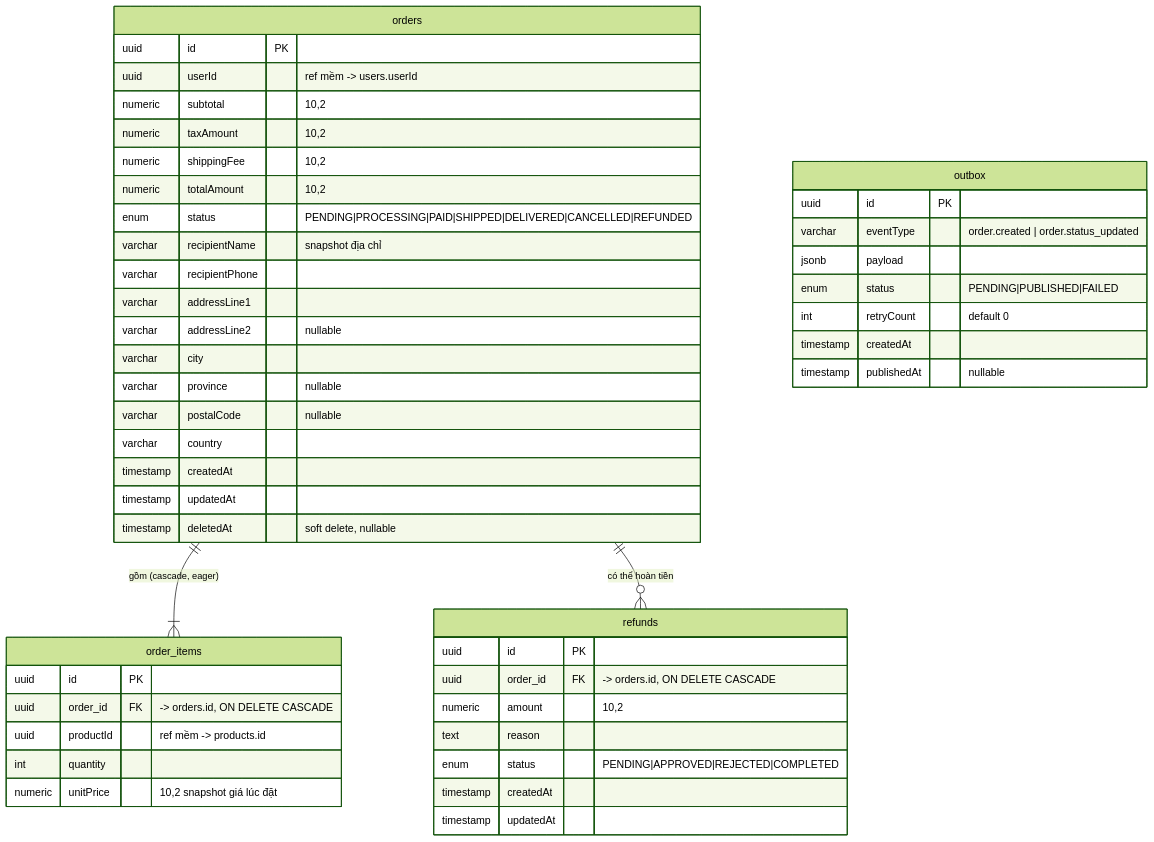
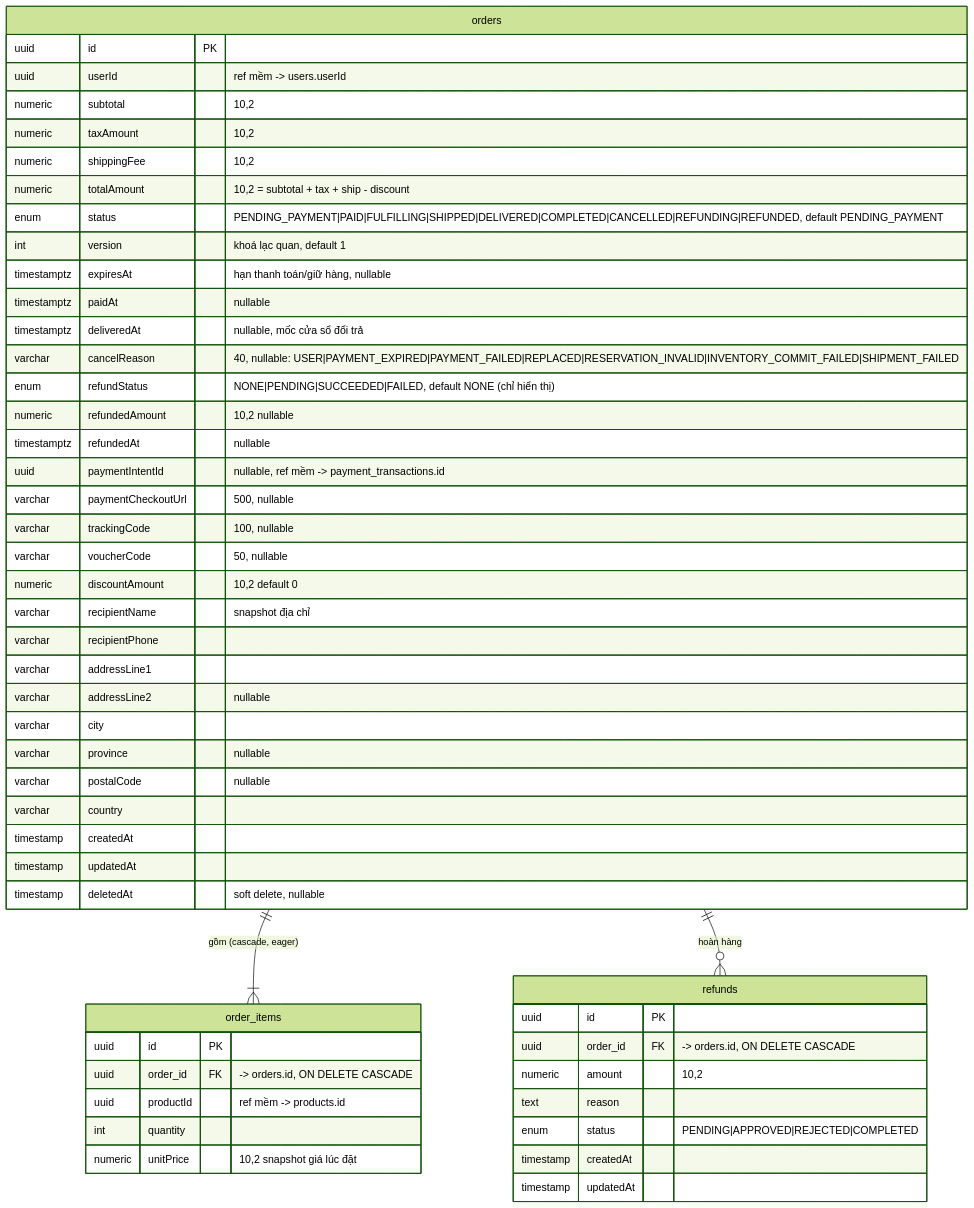
One commit to lamquochung287/ecommerce-microservices changed the fourth of 6 diagrams in docs/database-schema.md. Above: the diagram before and after it, drawn with Mermaid (forest theme). The commit also changed other lines of this file and 23 other files, not shown here.

````diff
--- a/docs/database-schema.md
+++ b/docs/database-schema.md
@@ -235,51 +255,55 @@
 ```mermaid
 erDiagram
   orders ||--|{ order_items : "gồm (cascade, eager)"
-  orders ||--o{ refunds : "có thể hoàn tiền"
+  orders ||--o{ refunds : "hoàn hàng"
 
   orders {
     uuid id PK
     uuid userId "ref mềm -> users.userId"
     numeric subtotal "10,2"
     numeric taxAmount "10,2"
     numeric shippingFee "10,2"
-    numeric totalAmount "10,2"
-    enum status "PENDING|PROCESSING|PAID|SHIPPED|DELIVERED|CANCELLED|REFUNDED"
+    numeric totalAmount "10,2 = subtotal + tax + ship - discount"
+    enum status "PENDING_PAYMENT|PAID|FULFILLING|SHIPPED|DELIVERED|COMPLETED|CANCELLED|REFUNDING|REFUNDED, default PENDING_PAYMENT"
+    int version "khoá lạc quan, default 1"
+    timestamptz expiresAt "hạn thanh toán/giữ hàng, nullable"
+    timestamptz paidAt "nullable"
+    timestamptz deliveredAt "nullable, mốc cửa sổ đổi trả"
+    varchar cancelReason "40, nullable: USER|PAYMENT_EXPIRED|PAYMENT_FAILED|REPLACED|RESERVATION_INVALID|INVENTORY_COMMIT_FAILED|SHIPMENT_FAILED"
+    enum refundStatus "NONE|PENDING|SUCCEEDED|FAILED, default NONE (chỉ hiển thị)"
+    numeric refundedAmount "10,2 nullable"
+    timestamptz refundedAt "nullable"
+    uuid paymentIntentId "nullable, ref mềm -> payment_transactions.id"
+    varchar paymentCheckoutUrl "500, nullable"
+    varchar trackingCode "100, nullable"
+    varchar voucherCode "50, nullable"
+    numeric discountAmount "10,2 default 0"
     varchar recipientName "snapshot địa chỉ"
     varchar recipientPhone
     varchar addressLine1
     varchar addressLine2 "nullable"
     varchar city
     varchar province "nullable"
     varchar postalCode "nullable"
     varchar country
     timestamp createdAt
     timestamp updatedAt
     timestamp deletedAt "soft delete, nullable"
   }
   order_items {
     uuid id PK
     uuid order_id FK "-> orders.id, ON DELETE CASCADE"
     uuid productId "ref mềm -> products.id"
     int quantity
     numeric unitPrice "10,2 snapshot giá lúc đặt"
   }
   refunds {
     uuid id PK
     uuid order_id FK "-> orders.id, ON DELETE CASCADE"
     numeric amount "10,2"
     text reason
     enum status "PENDING|APPROVED|REJECTED|COMPLETED"
     timestamp createdAt
     timestamp updatedAt
   }
-  outbox {
-    uuid id PK
-    varchar eventType "order.created | order.status_updated"
-    jsonb payload
-    enum status "PENDING|PUBLISHED|FAILED"
-    int retryCount "default 0"
-    timestamp createdAt
-    timestamp publishedAt "nullable"
-  }
 ```
````
